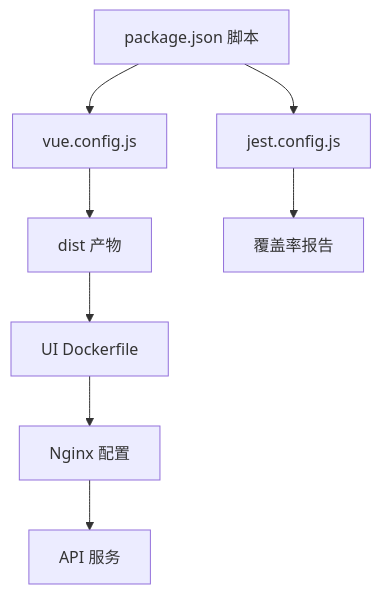
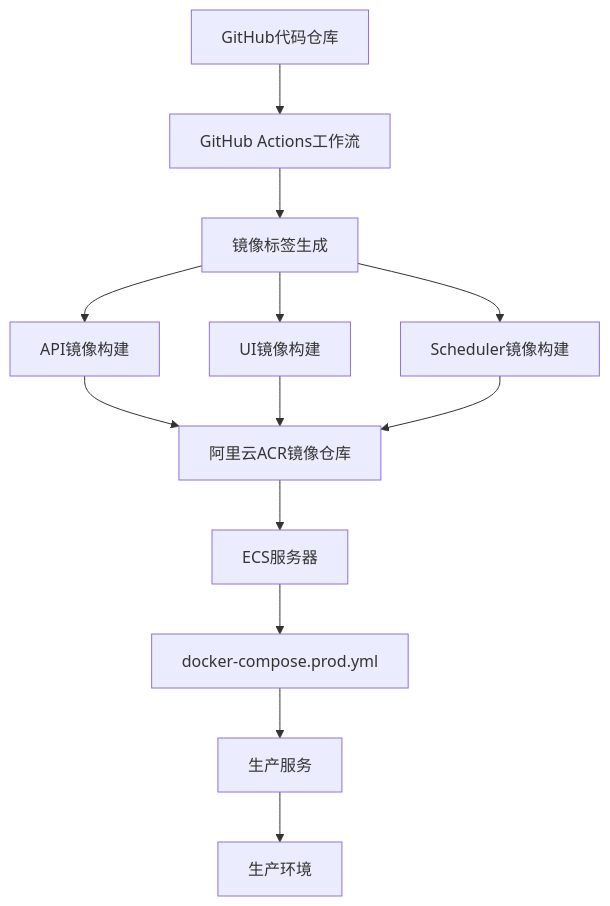
The third of 3 diagrams in .qoder/repowiki/zh/content/前端应用/构建部署/部署流水线.md (TinyMaD/SpeedRunnersLab), drawn with Mermaid before and after one commit. The commit also changed other lines of this file and 9 other files, not shown here.

Commit message:
接入 GitHub Actions CI/CD (ghcr.io 方案)

````diff
--- a/.qoder/repowiki/zh/content/前端应用/构建部署/部署流水线.md
+++ b/.qoder/repowiki/zh/content/前端应用/构建部署/部署流水线.md
@@ -248,10 +241,15 @@
 ```mermaid
 graph TB
-Pkg["package.json 脚本"] --> VueCfg["vue.config.js"]
-VueCfg --> Dist["dist 产物"]
-Pkg --> JestCfg["jest.config.js"]
-JestCfg --> Coverage["覆盖率报告"]
-Dist --> DockerUI["UI Dockerfile"]
-DockerUI --> Nginx["Nginx 配置"]
-Nginx --> API["API 服务"]
+CODE["GitHub代码仓库"] --> GHA["GitHub Actions工作流"]
+GHA --> TAG["镜像标签生成"]
+TAG --> API_BUILD["API镜像构建"]
+TAG --> UI_BUILD["UI镜像构建"]
+TAG --> SCHED_BUILD["Scheduler镜像构建"]
+API_BUILD --> ACR["阿里云ACR镜像仓库"]
+UI_BUILD --> ACR
+SCHED_BUILD --> ACR
+ACR --> ECS["ECS服务器"]
+ECS --> DC["docker-compose.prod.yml"]
+DC --> SERVICES["生产服务"]
+SERVICES --> PROD["生产环境"]
 ```
````
